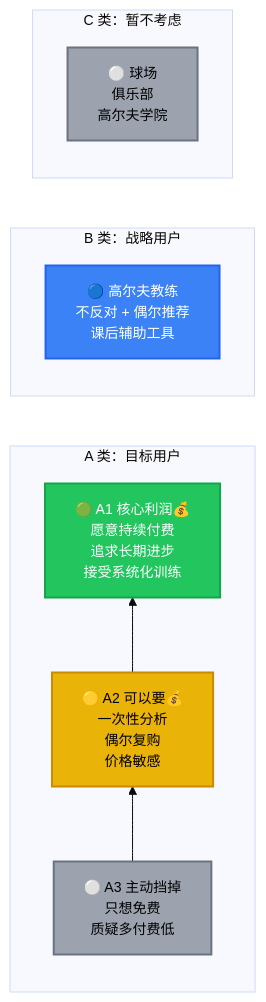
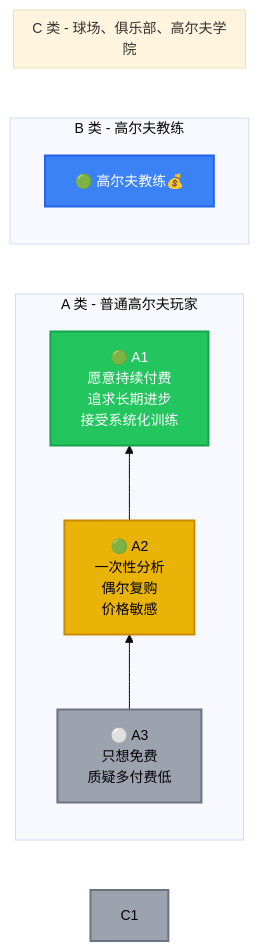
One commit to movement-chain-ai/movement-chain-docs changed the diagram in docs/zh/product/user-personas.md. Above: the diagram before and after it, drawn with Mermaid. The commit also changed other lines of this file, not shown here.

Commit message:
更新用户画像图表和痛点备注
🤖 Generated with [Claude Code](https://claude.com/claude-code)

````diff
--- a/docs/zh/product/user-personas.md
+++ b/docs/zh/product/user-personas.md
@@ -7,26 +7,25 @@
 ```mermaid
 %%{init: {'theme': 'base', 'themeVariables': { 'fontSize': '14px'}}}%%
 graph LR
-    subgraph A ["A 类：目标用户"]
+    subgraph A ["A 类 - 普通高尔夫玩家"]
         direction BT
-        A3["⚪ A3 主动挡掉<br/>只想免费<br/>质疑多付费低"]
-        A2["🟡 A2 可以要💰<br/>一次性分析<br/>偶尔复购<br/>价格敏感"]
-        A1["🟢 A1 核心利润💰<br/>愿意持续付费<br/>追求长期进步<br/>接受系统化训练"]
+        A3["⚪ A3 <br/>只想免费<br/>质疑多付费低"]
+        A2["🟢 A2 <br/>一次性分析<br/>偶尔复购<br/>价格敏感"]
+        A1["🟢 A1 <br/>愿意持续付费<br/>追求长期进步<br/>接受系统化训练"]
         A3 --> A2
         A2 --> A1
     end
 
-    subgraph B ["B 类：战略用户"]
-        B1["🔵 高尔夫教练<br/>不反对 + 偶尔推荐<br/>课后辅助工具"]
+    subgraph B ["B 类 - 高尔夫教练"]
+        B1["🟢 高尔夫教练💰"]
     end
 
-    subgraph C ["C 类：暂不考虑"]
-        C1["⚪ 球场<br/>俱乐部<br/>高尔夫学院"]
+    subgraph C ["C 类 - 球场、俱乐部、高尔夫学院"]
     end
 
     style A1 fill:#22c55e,color:#fff,stroke:#16a34a,stroke-width:2px
     style A2 fill:#eab308,color:#000,stroke:#ca8a04,stroke-width:2px
     style A3 fill:#9ca3af,color:#000,stroke:#6b7280,stroke-width:2px
     style B1 fill:#3b82f6,color:#fff,stroke:#2563eb,stroke-width:2px
     style C1 fill:#9ca3af,color:#000,stroke:#6b7280,stroke-width:2px
 ```
````
